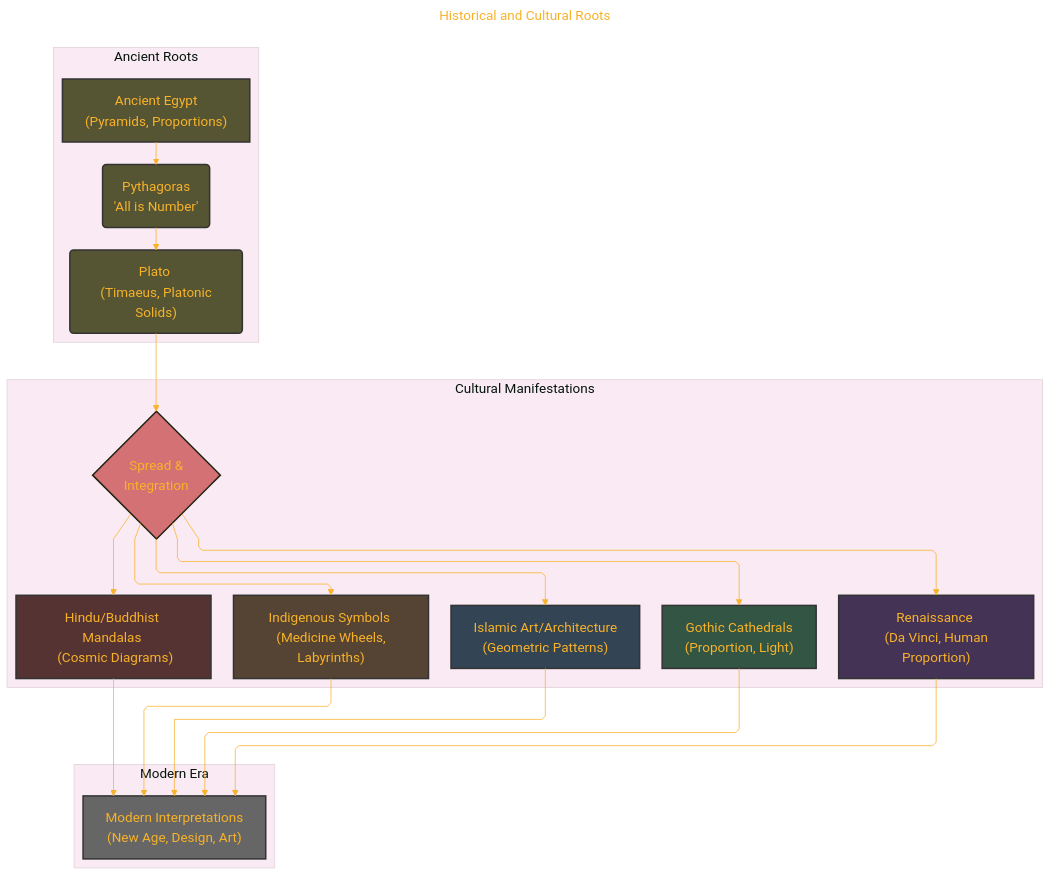
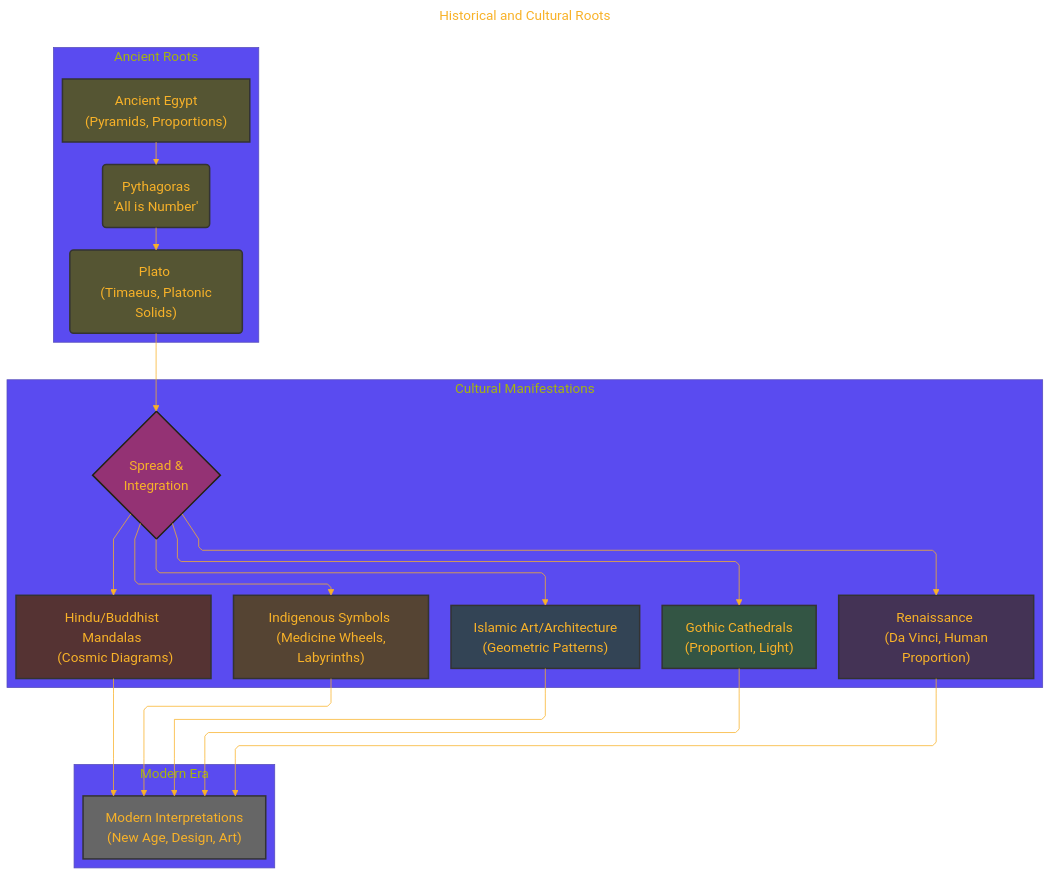
The second of 6 diagrams in Understanding_Sacred_Geometry.md (CongLeSolutionX/Harmonic_Atomica), drawn with Mermaid before and after one commit. The commit also changed other lines of this file, not shown here.

````diff
--- a/Understanding_Sacred_Geometry.md
+++ b/Understanding_Sacred_Geometry.md
@@ -93,59 +93,59 @@
 ```mermaid
 ---
 title: "Historical and Cultural Roots"
 author: "Cong Le"
 version: "1.0"
 license(s): "MIT, CC BY 4.0"
 copyright: "Copyright (c) 2025 Cong Le. All Rights Reserved."
 config:
   layout: elk
   theme: base
 ---
 %%%%%%%% Mermaid version v11.4.1-b.14
 %%%%%%%% Available curve styles include the following keywords:
 %% basis, bumpX, bumpY, cardinal, catmullRom, linear, monotoneX, monotoneY, natural, step, stepAfter, stepBefore.
 %%{
   init: {
     'flowchart': { 'htmlLabels': false, 'curve': 'linear' },
     'fontFamily': 'Luminari',
     'themeVariables': {
-      'primaryColor': '#D5F5E3',
+      'primaryColor': '#DE3',
       'primaryTextColor': '#F8B229',
       'lineColor': '#F8B229',
       'primaryBorderColor': '#27AE60',
       'secondaryColor': '#EBDEF0',
       'secondaryTextColor': '#6C3483',
       'secondaryBorderColor': '#A569BD',
       'fontSize': '18px'
     }
   }
 }%%
 flowchart TD
     subgraph Ancient_Roots["Ancient Roots"]
         A["Ancient Egypt <br/> (Pyramids, Proportions)"] --> B("Pythagoras <br/> 'All is Number'")
         B --> C("Plato <br/> (Timaeus, Platonic Solids)")
     end
     subgraph Cultural_Manifestations["Cultural Manifestations"]
         C --> D{"Spread &<br/> Integration"}
         D --> E["Islamic Art/Architecture <br/> (Geometric Patterns)"]
         D --> F["Gothic Cathedrals <br/> (Proportion, Light)"]
         D --> G["Renaissance <br/> (Da Vinci, Human Proportion)"]
         D --> H["Hindu/Buddhist Mandalas <br/> (Cosmic Diagrams)"]
         D --> I["Indigenous Symbols <br/> (Medicine Wheels, Labyrinths)"]
     end
     subgraph Modern_Era["Modern Era"]
         I & E & F & G & H --> J["Modern Interpretations <br/> (New Age, Design, Art)"]
     end
 
     style A fill:#553,stroke:#333,stroke-width:2px
     style B fill:#553,stroke:#333,stroke-width:2px
     style C fill:#553,stroke:#333,stroke-width:2px
     style D fill:#B229,stroke:#221,stroke-width:2px
     style E fill:#345,stroke:#333,stroke-width:2px
     style F fill:#354,stroke:#333,stroke-width:2px
     style G fill:#435,stroke:#333,stroke-width:2px
     style H fill:#533,stroke:#333,stroke-width:2px
     style I fill:#543,stroke:#333,stroke-width:2px
     style J fill:#666,stroke:#333,stroke-width:2px
     
 ```
````
